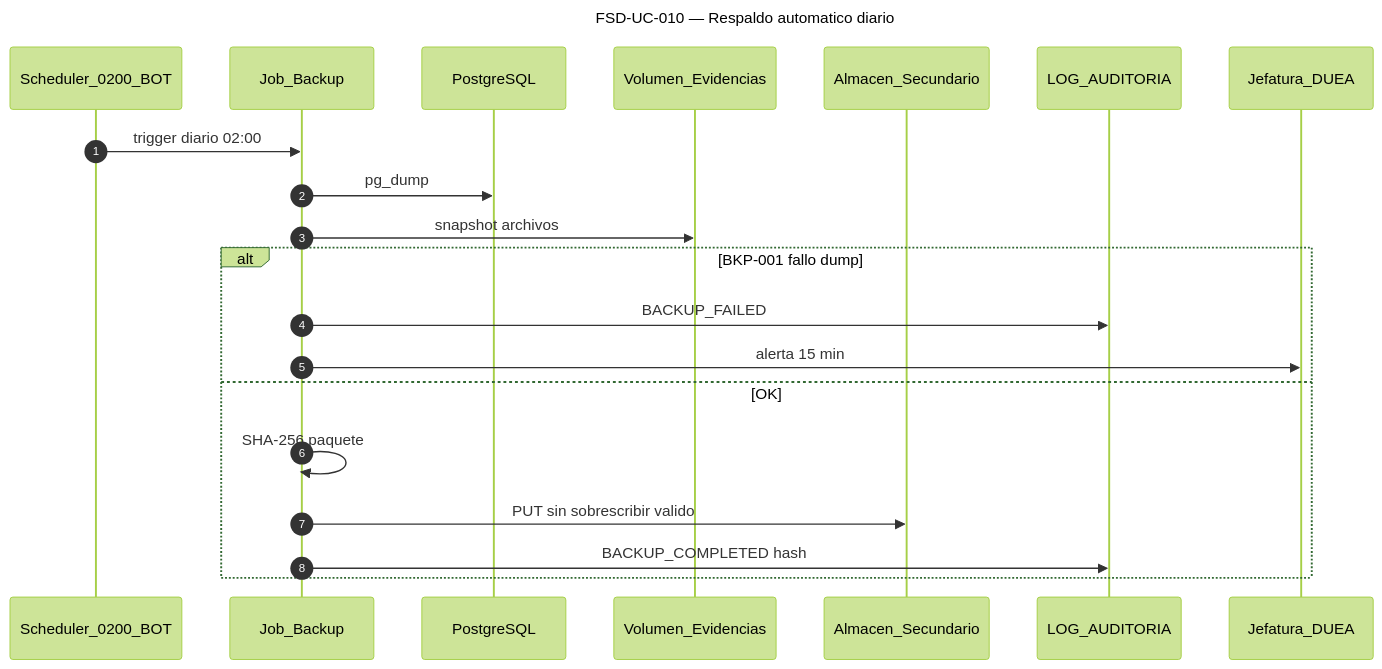
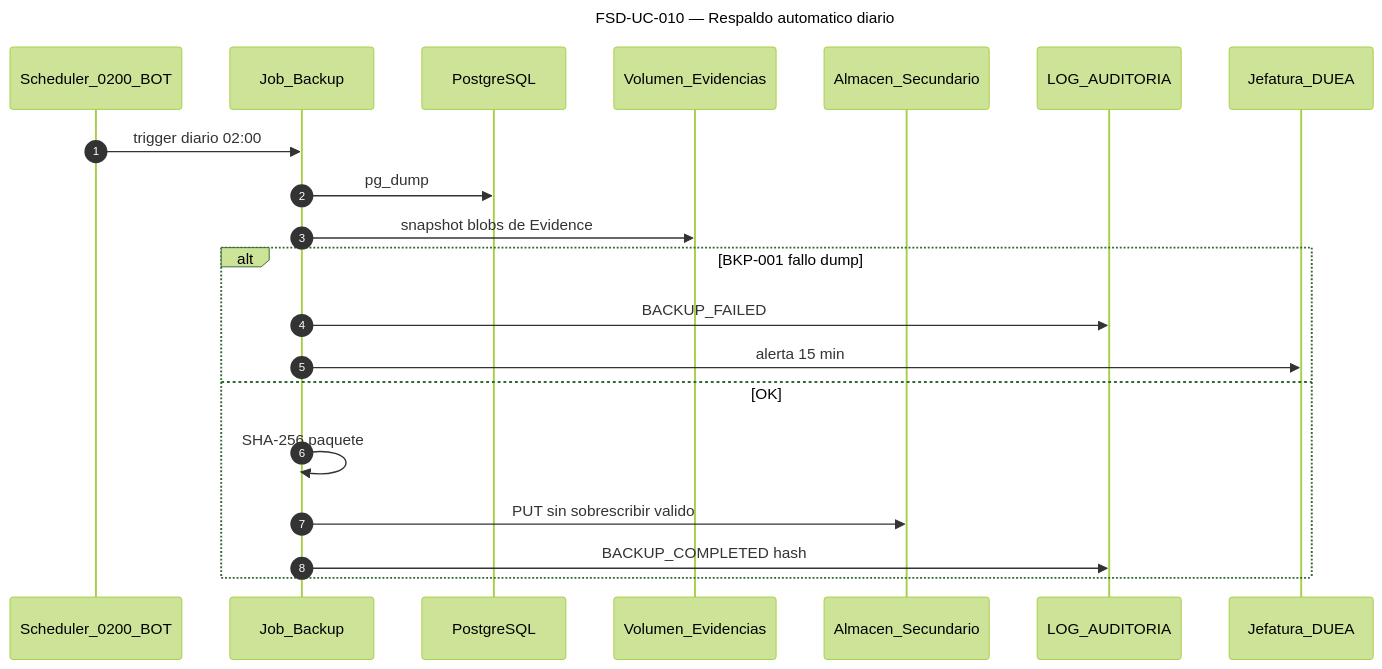
Before and after one commit to AcredIA-UMSS/sigesa-docs: the diagram in docs/07_diagramas/AYL-SEQ-010-respaldo-diario.mmd, drawn with Mermaid (forest theme). The commit also changed 40 other files, not shown here.

First line of the commit message:
docs(dti): align SIGESA cloud architecture v1

```diff
--- a/docs/07_diagramas/AYL-SEQ-010-respaldo-diario.mmd
+++ b/docs/07_diagramas/AYL-SEQ-010-respaldo-diario.mmd
@@ -1,25 +1,25 @@
 %% diagramId: AYL-SEQ-010
 %% fsdTrace: FSD-UC-010 PC-010
 sequenceDiagram
     autonumber
     title FSD-UC-010 — Respaldo automatico diario
 
     participant SCH as Scheduler_0200_BOT
     participant JOB as Job_Backup
     participant DB as PostgreSQL
     participant VOL as Volumen_Evidencias
     participant STORE as Almacen_Secundario
     participant LOG as LOG_AUDITORIA
     participant JD as Jefatura_DUEA
 
     SCH->>JOB: trigger diario 02:00
     JOB->>DB: pg_dump
-    JOB->>VOL: snapshot archivos
+    JOB->>VOL: snapshot blobs de Evidence
     alt BKP-001 fallo dump
         JOB->>LOG: BACKUP_FAILED
         JOB->>JD: alerta 15 min
     else OK
         JOB->>JOB: SHA-256 paquete
         JOB->>STORE: PUT sin sobrescribir valido
         JOB->>LOG: BACKUP_COMPLETED hash
     end
```
